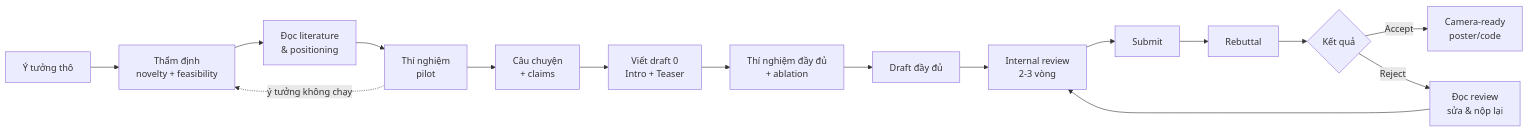
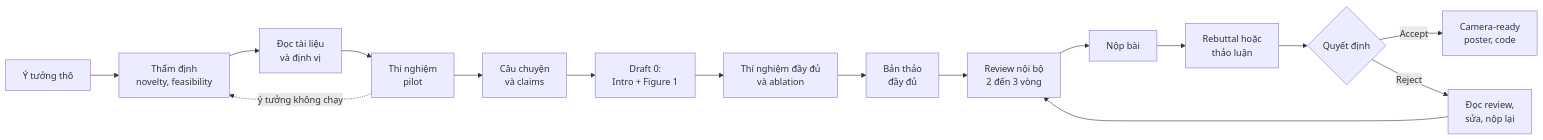
Before and after one commit to tuandung222/How-to-write-Astar-Paper: the diagram in docs/index.md, drawn with Mermaid. The commit also changed other lines of this file and 61 other files, not shown here.

````diff
--- a/docs/index.md
+++ b/docs/index.md
@@ -44,18 +110,18 @@
 ```mermaid
 flowchart LR
-  A[Ý tưởng thô] --> B[Thẩm định<br/>novelty + feasibility]
-  B --> C[Đọc literature<br/>& positioning]
-  C --> D[Thí nghiệm<br/>pilot]
-  D --> E[Câu chuyện<br/>+ claims]
-  E --> F[Viết draft 0<br/>Intro + Teaser]
-  F --> G[Thí nghiệm đầy đủ<br/>+ ablation]
-  G --> H[Draft đầy đủ]
-  H --> I[Internal review<br/>2-3 vòng]
-  I --> J[Submit]
-  J --> K[Rebuttal]
-  K --> L{Kết quả}
-  L -- Accept --> M[Camera-ready<br/>poster/code]
-  L -- Reject --> N[Đọc review<br/>sửa & nộp lại]
+  A["Ý tưởng thô"] --> B["Thẩm định<br/>novelty, feasibility"]
+  B --> C["Đọc tài liệu<br/>và định vị"]
+  C --> D["Thí nghiệm<br/>pilot"]
+  D --> E["Câu chuyện<br/>và claims"]
+  E --> F["Draft 0:<br/>Intro + Figure 1"]
+  F --> G["Thí nghiệm đầy đủ<br/>và ablation"]
+  G --> H["Bản thảo<br/>đầy đủ"]
+  H --> I["Review nội bộ<br/>2 đến 3 vòng"]
+  I --> J["Nộp bài"]
+  J --> K["Rebuttal hoặc<br/>thảo luận"]
+  K --> L{"Quyết định"}
+  L -- "Accept" --> M["Camera-ready<br/>poster, code"]
+  L -- "Reject" --> N["Đọc review,<br/>sửa, nộp lại"]
   N --> I
-  D -. ý tưởng không chạy .-> B
+  D -. "ý tưởng không chạy" .-> B
 ```
````
